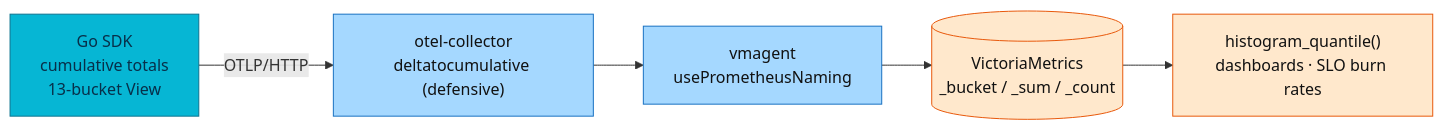
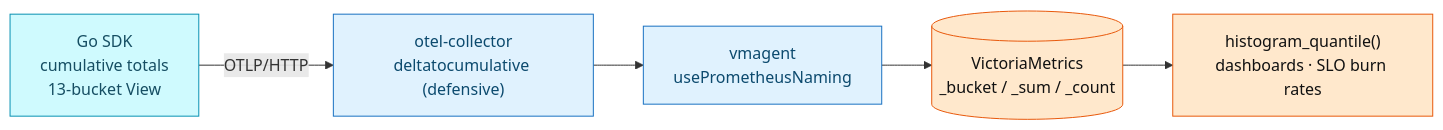
Before and after one commit to duynhlab/homelab: the diagram in docs/observability/metrics/histograms.md, drawn with Mermaid. The commit also changed 174 other files, not shown here.

First line of the commit message:
Soft-tint diagram palette, a signal-flow diagram, a Linux-ready Draw.io skill

````diff
--- a/docs/observability/metrics/histograms.md
+++ b/docs/observability/metrics/histograms.md
@@ -108,14 +108,14 @@
 ```mermaid
 flowchart LR
     SDK["Go SDK<br/>cumulative totals<br/>13-bucket View"] -->|"OTLP/HTTP"| COL["otel-collector<br/>deltatocumulative (defensive)"]
     COL --> VMA["vmagent<br/>usePrometheusNaming"]
     VMA --> VM[("VictoriaMetrics<br/>_bucket / _sum / _count")]
     VM --> Q["histogram_quantile()<br/>dashboards · SLO burn rates"]
 
-    classDef service fill:#06b6d4,color:#082f49,stroke:#0e7490;
-    classDef collector fill:#a5d8ff,color:#111,stroke:#1971c2;
+    classDef service fill:#cffafe,color:#164e63,stroke:#0891b2;
+    classDef collector fill:#e0f2fe,color:#0c4a6e,stroke:#1971c2;
     classDef metric fill:#ffe8cc,color:#111,stroke:#e8590c;
     class SDK service;
     class COL,VMA collector;
     class VM,Q metric;
 ```
````
